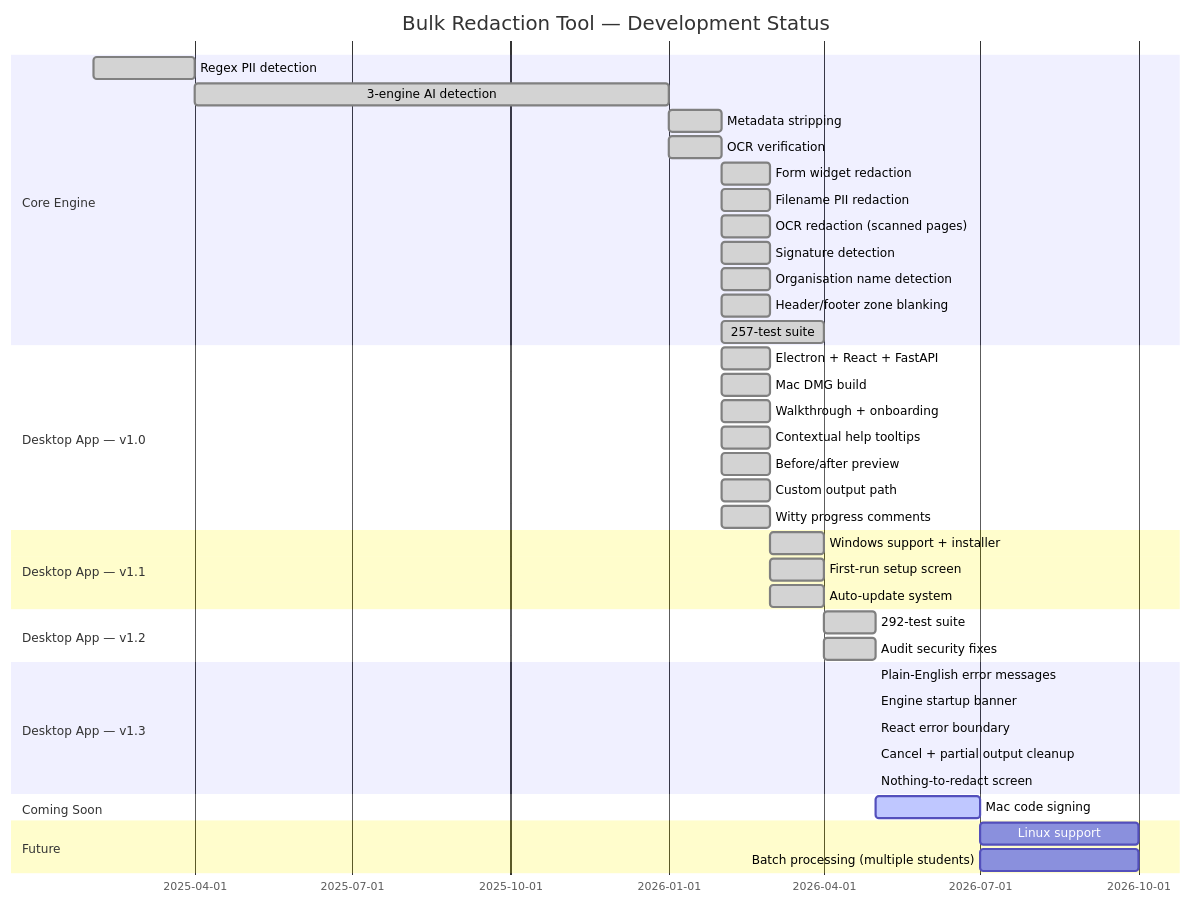
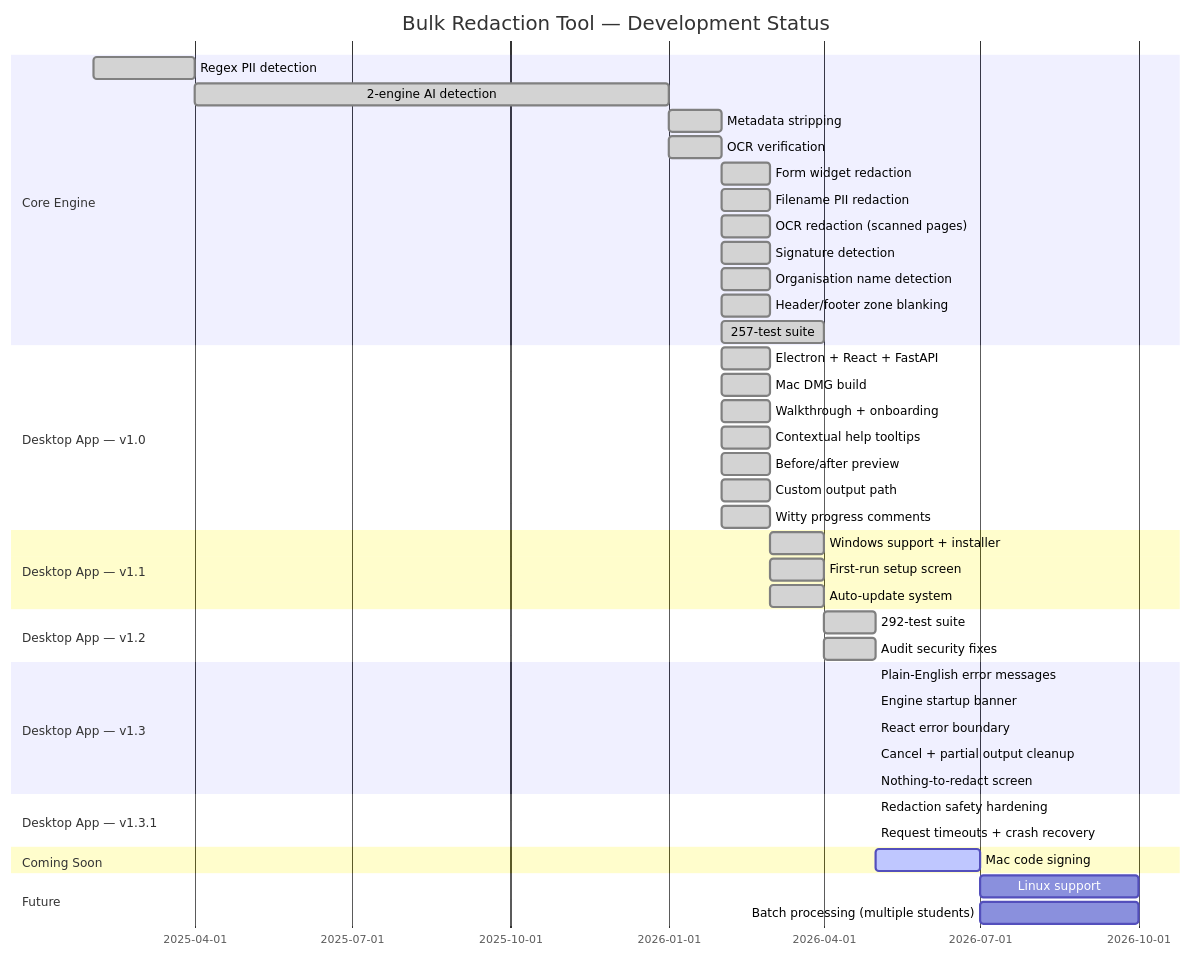
The third of 3 diagrams in README.md (mrdavearms/student-doc-redactor), drawn with Mermaid before and after one commit. The commit also changed other lines of this file and 1 other file, not shown here.

First line of the commit message:
docs: teacher-friendly README for v1.3.1; correct engine count; fix changelog generator

````diff
--- a/README.md
+++ b/README.md
@@ -647,43 +645,46 @@
 ```mermaid
 gantt
     title Bulk Redaction Tool — Development Status
     dateFormat  YYYY-MM
     section Core Engine
     Regex PII detection           :done, 2025-02, 2025-04
-    3-engine AI detection         :done, 2025-04, 2026-01
+    2-engine AI detection         :done, 2025-04, 2026-01
     Metadata stripping            :done, 2026-01, 2026-02
     OCR verification              :done, 2026-01, 2026-02
     Form widget redaction         :done, 2026-02, 2026-03
     Filename PII redaction        :done, 2026-02, 2026-03
     OCR redaction (scanned pages) :done, 2026-02, 2026-03
     Signature detection           :done, 2026-02, 2026-03
     Organisation name detection   :done, 2026-02, 2026-03
     Header/footer zone blanking   :done, 2026-02, 2026-03
     257-test suite                :done, 2026-02, 2026-04
     section Desktop App — v1.0
     Electron + React + FastAPI    :done, 2026-02, 2026-03
     Mac DMG build                 :done, 2026-02, 2026-03
     Walkthrough + onboarding      :done, 2026-02, 2026-03
     Contextual help tooltips      :done, 2026-02, 2026-03
     Before/after preview          :done, 2026-02, 2026-03
     Custom output path            :done, 2026-02, 2026-03
     Witty progress comments       :done, 2026-02, 2026-03
     section Desktop App — v1.1
     Windows support + installer   :done, 2026-03, 2026-04
     First-run setup screen        :done, 2026-03, 2026-04
     Auto-update system            :done, 2026-03, 2026-04
     section Desktop App — v1.2
     292-test suite                :done, 2026-04, 2026-05
     Audit security fixes          :done, 2026-04, 2026-05
     section Desktop App — v1.3
     Plain-English error messages  :done, 2026-05, 2026-05
     Engine startup banner         :done, 2026-05, 2026-05
     React error boundary          :done, 2026-05, 2026-05
     Cancel + partial output cleanup :done, 2026-05, 2026-05
     Nothing-to-redact screen      :done, 2026-05, 2026-05
+    section Desktop App — v1.3.1
+    Redaction safety hardening    :done, 2026-05, 2026-05
+    Request timeouts + crash recovery :done, 2026-05, 2026-05
     section Coming Soon
     Mac code signing              :active, 2026-05, 2026-07
     section Future
     Linux support                 :2026-07, 2026-10
     Batch processing (multiple students) :2026-07, 2026-10
 ```
````
